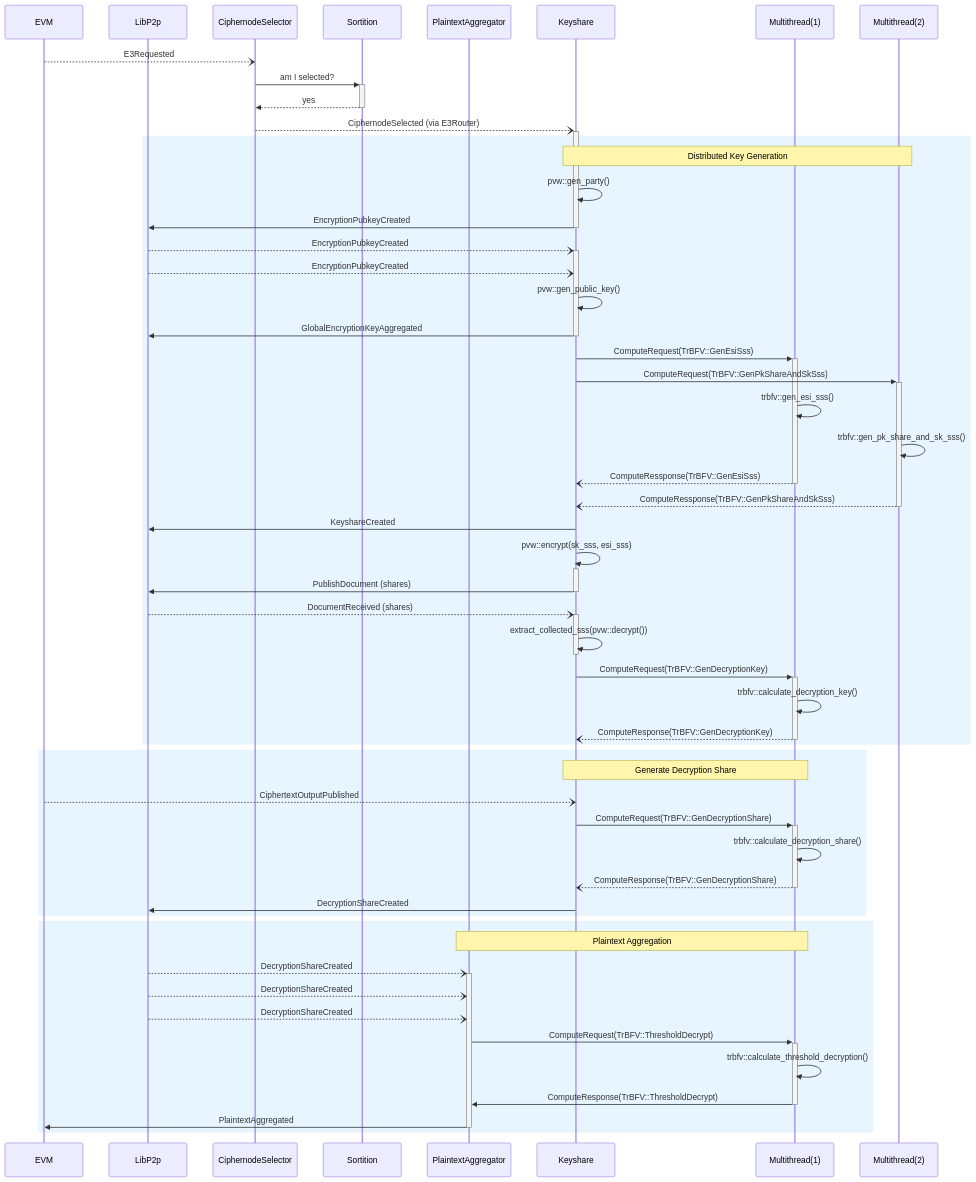
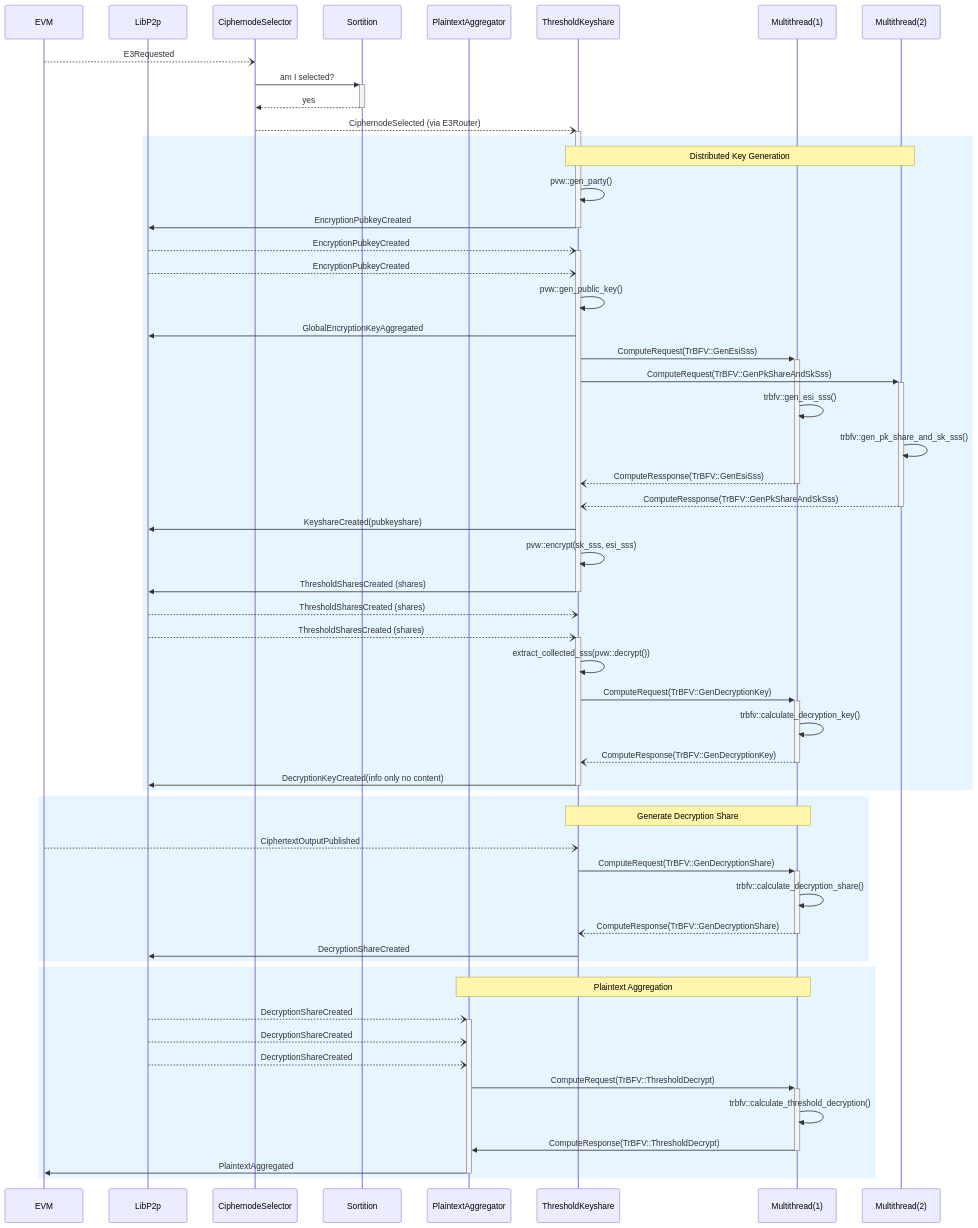
Before and after one commit to gnosisguild/enclave: the diagram in crates/events/trbfv_actor_seq.mmd, drawn with Mermaid. The commit also changed other lines of this file and 11 other files, not shown here.

```diff
--- a/crates/events/trbfv_actor_seq.mmd
+++ b/crates/events/trbfv_actor_seq.mmd
@@ -1,61 +1,63 @@
 sequenceDiagram
   participant E as EVM
   participant L as LibP2p
   participant CS as CiphernodeSelector
   participant S as Sortition
   participant P as PlaintextAggregator
-  participant K as Keyshare
+  participant K as ThresholdKeyshare
   participant M as Multithread(1)
   participant M2 as Multithread(2)
 
 
   E --) CS: E3Requested
   CS ->>+ S: am I selected?
   S -->>- CS: yes
   CS --)+ K: CiphernodeSelected (via E3Router)
 
   rect rgb(230, 245, 255)
     Note over K,M2: Distributed Key Generation 
     K ->> K: pvw::gen_party()
     K ->>- L: EncryptionPubkeyCreated
     L --)+ K: EncryptionPubkeyCreated
     L --) K: EncryptionPubkeyCreated
     K ->> K: pvw::gen_public_key()
-    K ->>- L: GlobalEncryptionKeyAggregated
+    K ->> L: GlobalEncryptionKeyAggregated
     K ->>+ M: ComputeRequest(TrBFV::GenEsiSss)
     K ->>+ M2: ComputeRequest(TrBFV::GenPkShareAndSkSss)
     M ->> M: trbfv::gen_esi_sss()
     M2 ->> M2: trbfv::gen_pk_share_and_sk_sss()
     M --)- K: ComputeRessponse(TrBFV::GenEsiSss)
     M2 --)- K: ComputeRessponse(TrBFV::GenPkShareAndSkSss)
-    K ->> L: KeyshareCreated
-    K ->>+ K: pvw::encrypt(sk_sss, esi_sss)
-    K ->>- L: PublishDocument (shares)
-    L --)+ K: DocumentReceived (shares)
-    K ->>- K: extract_collected_sss(pvw::decrypt())
+    K ->> L: KeyshareCreated(pubkeyshare)
+    K ->> K: pvw::encrypt(sk_sss, esi_sss)
+    K ->>- L: ThresholdSharesCreated (shares)
+    L --) K: ThresholdSharesCreated (shares)
+    L --)+ K: ThresholdSharesCreated (shares)
+    K ->> K: extract_collected_sss(pvw::decrypt())
     K ->>+ M: ComputeRequest(TrBFV::GenDecryptionKey)
     M ->> M: trbfv::calculate_decryption_key()
     M --)- K: ComputeResponse(TrBFV::GenDecryptionKey)
+    K ->>- L: DecryptionKeyCreated(info only no content)
   end
 
   rect rgb(230, 245, 255)
     Note over K,M: Generate Decryption Share
     E --) K: CiphertextOutputPublished
     K ->>+ M: ComputeRequest(TrBFV::GenDecryptionShare)
     M ->> M: trbfv::calculate_decryption_share()
     M --)- K: ComputeResponse(TrBFV::GenDecryptionShare)
     K ->> L: DecryptionShareCreated
   end
 
   rect rgb(230, 245, 255)
     Note over P,M: Plaintext Aggregation
     L --)+ P: DecryptionShareCreated
     L --) P: DecryptionShareCreated
     L --) P: DecryptionShareCreated
     P ->>+ M: ComputeRequest(TrBFV::ThresholdDecrypt)
     M ->> M: trbfv::calculate_threshold_decryption()
     M ->>- P: ComputeResponse(TrBFV::ThresholdDecrypt)
     P ->>- E: PlaintextAggregated
   end
 
   autonumber
```
